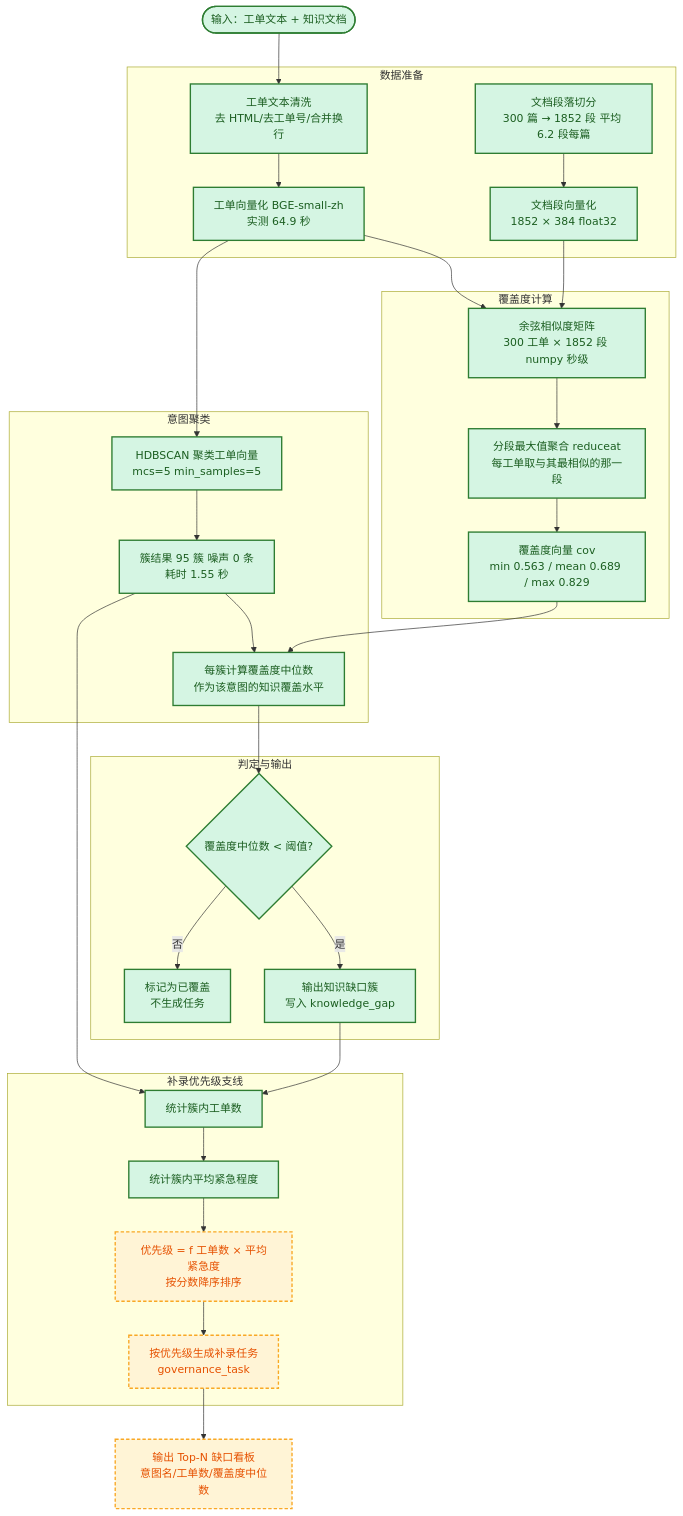
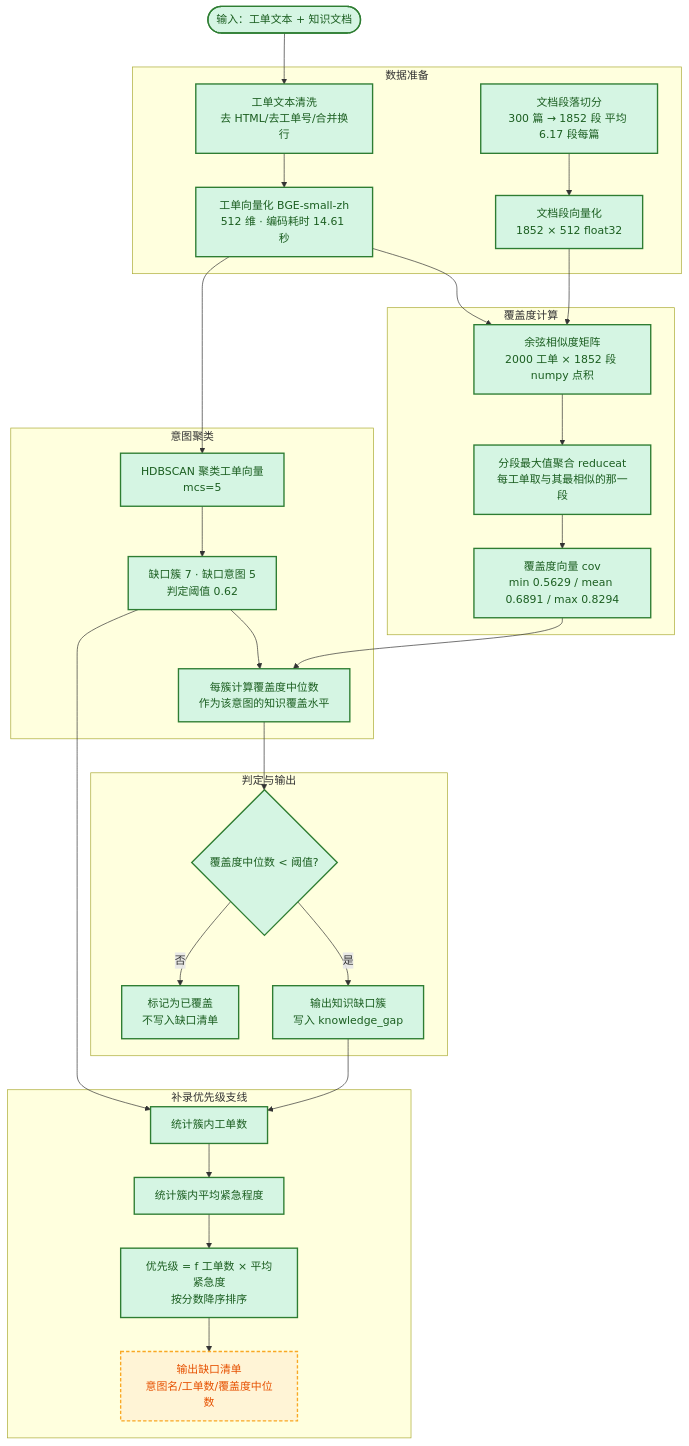
One commit to meisijiya/kb-quality-governance changed the diagram in poc/kbgovernance/figures/03-核心算法流程图.md. Above: the diagram before and after it, drawn with Mermaid. The commit also changed other lines of this file and 36 other files, not shown here.

````diff
--- a/poc/kbgovernance/figures/03-核心算法流程图.md
+++ b/poc/kbgovernance/figures/03-核心算法流程图.md
@@ -12,60 +14,59 @@
 ```mermaid
 flowchart TD
   S(["输入：工单文本 + 知识文档"]):::ver
 
   subgraph PRE["数据准备"]
     A1["工单文本清洗<br/>去 HTML/去工单号/合并换行"]:::ver
-    A2["文档段落切分<br/>300 篇 → 1852 段 平均 6.2 段每篇"]:::ver
-    A3["工单向量化 BGE-small-zh<br/>实测 64.9 秒"]:::ver
-    A4["文档段向量化<br/>1852 × 384 float32"]:::ver
+    A2["文档段落切分<br/>300 篇 → 1852 段 平均 6.17 段每篇"]:::ver
+    A3["工单向量化 BGE-small-zh<br/>512 维 · 编码耗时 14.61 秒"]:::ver
+    A4["文档段向量化<br/>1852 × 512 float32"]:::ver
   end
 
   subgraph CORE["覆盖度计算"]
-    B1["余弦相似度矩阵<br/>300 工单 × 1852 段 numpy 秒级"]:::ver
+    B1["余弦相似度矩阵<br/>2000 工单 × 1852 段 numpy 点积"]:::ver
     B2["分段最大值聚合 reduceat<br/>每工单取与其最相似的那一段"]:::ver
-    B3["覆盖度向量 cov<br/>min 0.563 / mean 0.689 / max 0.829"]:::ver
+    B3["覆盖度向量 cov<br/>min 0.5629 / mean 0.6891 / max 0.8294"]:::ver
   end
 
   subgraph CLU["意图聚类"]
-    C1["HDBSCAN 聚类工单向量<br/>mcs=5 min_samples=5"]:::ver
-    C2["簇结果 95 簇 噪声 0 条<br/>耗时 1.55 秒"]:::ver
+    C1["HDBSCAN 聚类工单向量<br/>mcs=5"]:::ver
+    C2["缺口簇 7 · 缺口意图 5<br/>判定阈值 0.62"]:::ver
     C3["每簇计算覆盖度中位数<br/>作为该意图的知识覆盖水平"]:::ver
   end
 
   subgraph DEC["判定与输出"]
     D1{"覆盖度中位数 < 阈值?"}:::ver
     D2["输出知识缺口簇<br/>写入 knowledge_gap"]:::ver
-    D3["标记为已覆盖<br/>不生成任务"]:::ver
+    D3["标记为已覆盖<br/>不写入缺口清单"]:::ver
   end
 
   subgraph PRIO["补录优先级支线"]
     P1["统计簇内工单数"]:::ver
     P2["统计簇内平均紧急程度"]:::ver
-    P3["优先级 = f 工单数 × 平均紧急度<br/>按分数降序排序"]:::todo
-    P4["按优先级生成补录任务<br/>governance_task"]:::todo
+    P3["优先级 = f 工单数 × 平均紧急度<br/>按分数降序排序"]:::ver
+    P5["输出缺口清单<br/>意图名/工单数/覆盖度中位数"]:::todo
   end
 
   S --> A1
   A1 --> A3
   A2 --> A4
   A3 --> B1
   A4 --> B1
   B1 --> B2
   B2 --> B3
   A3 --> C1
   C1 --> C2
   C2 --> C3
   B3 --> C3
   C3 --> D1
   D1 -->|是| D2
   D1 -->|否| D3
   D2 --> P1
   C2 --> P1
   P1 --> P2
   P2 --> P3
-  P3 --> P4
-  P4 --> P5["输出 Top-N 缺口看板<br/>意图名/工单数/覆盖度中位数"]:::todo
+  P3 --> P5
 
   classDef ver fill:#d5f5e3,stroke:#2e7d32,stroke-width:2px,color:#1b5e20
   classDef todo fill:#fff4d6,stroke:#f9a825,stroke-width:2px,stroke-dasharray:5 3,color:#e65100
 ```
````
